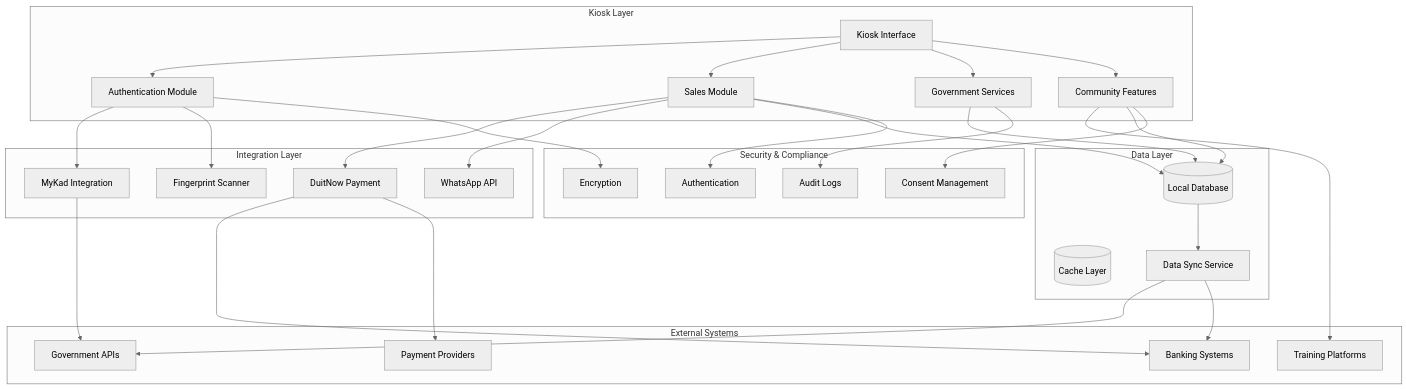
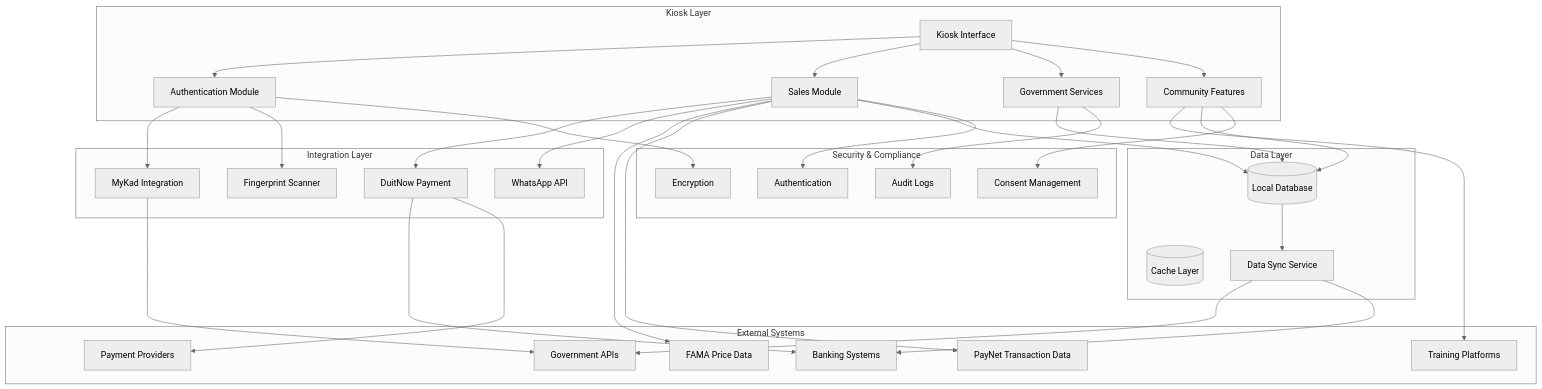
One commit to alysha2803/vendorbridge-seagma changed the second of 3 diagrams in README.md. Above: the diagram before and after it, drawn with Mermaid (neutral theme). The commit also changed other lines of this file and 3 other files, not shown here.

````diff
--- a/README.md
+++ b/README.md
@@ -163,65 +218,69 @@
 ```mermaid
 graph TB
     subgraph "Kiosk Layer"
         K[Kiosk Interface]
         A[Authentication Module]
         S[Sales Module]
         G[Government Services]
         C[Community Features]
     end
     
     subgraph "Integration Layer"
         MK[MyKad Integration]
         FP[Fingerprint Scanner]
         DN[DuitNow Payment]
         WA[WhatsApp API]
     end
     
     subgraph "External Systems"
         GOV[Government APIs]
+        FAMA[FAMA Price Data]
+        PAYNET[PayNet Transaction Data]
         BANK[Banking Systems]
         PAY[Payment Providers]
         TRAIN[Training Platforms]
     end
     
     subgraph "Data Layer"
         DB[(Local Database)]
         CACHE[(Cache Layer)]
         SYNC[Data Sync Service]
     end
     
     subgraph "Security & Compliance"
         ENC[Encryption]
         AUTH[Authentication]
         AUDIT[Audit Logs]
         CONSENT[Consent Management]
     end
     
     K --> A
     K --> S
     K --> G
     K --> C
     
     A --> MK
     A --> FP
     S --> DN
     S --> WA
     
     MK --> GOV
     DN --> BANK
     DN --> PAY
     C --> TRAIN
+    S --> FAMA
+    S --> PAYNET
     
     S --> DB
     G --> DB
     C --> DB
     
     DB --> SYNC
     SYNC --> GOV
     SYNC --> BANK
     
     A --> ENC
     S --> AUTH
     G --> AUDIT
     C --> CONSENT
 ```
````
